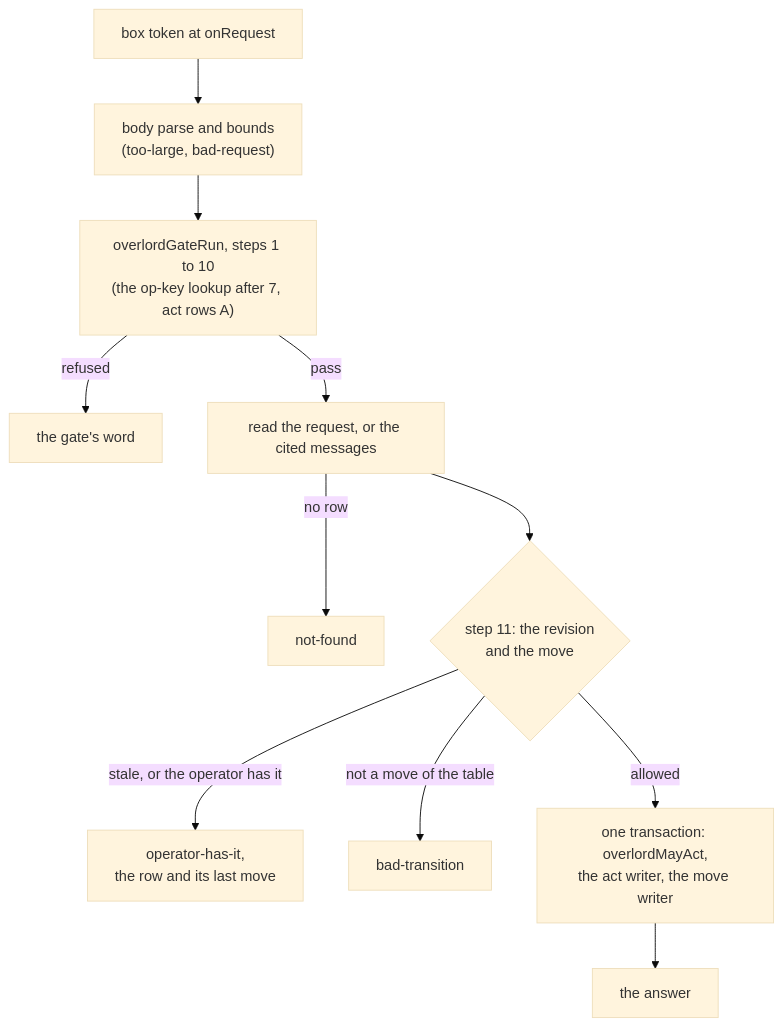
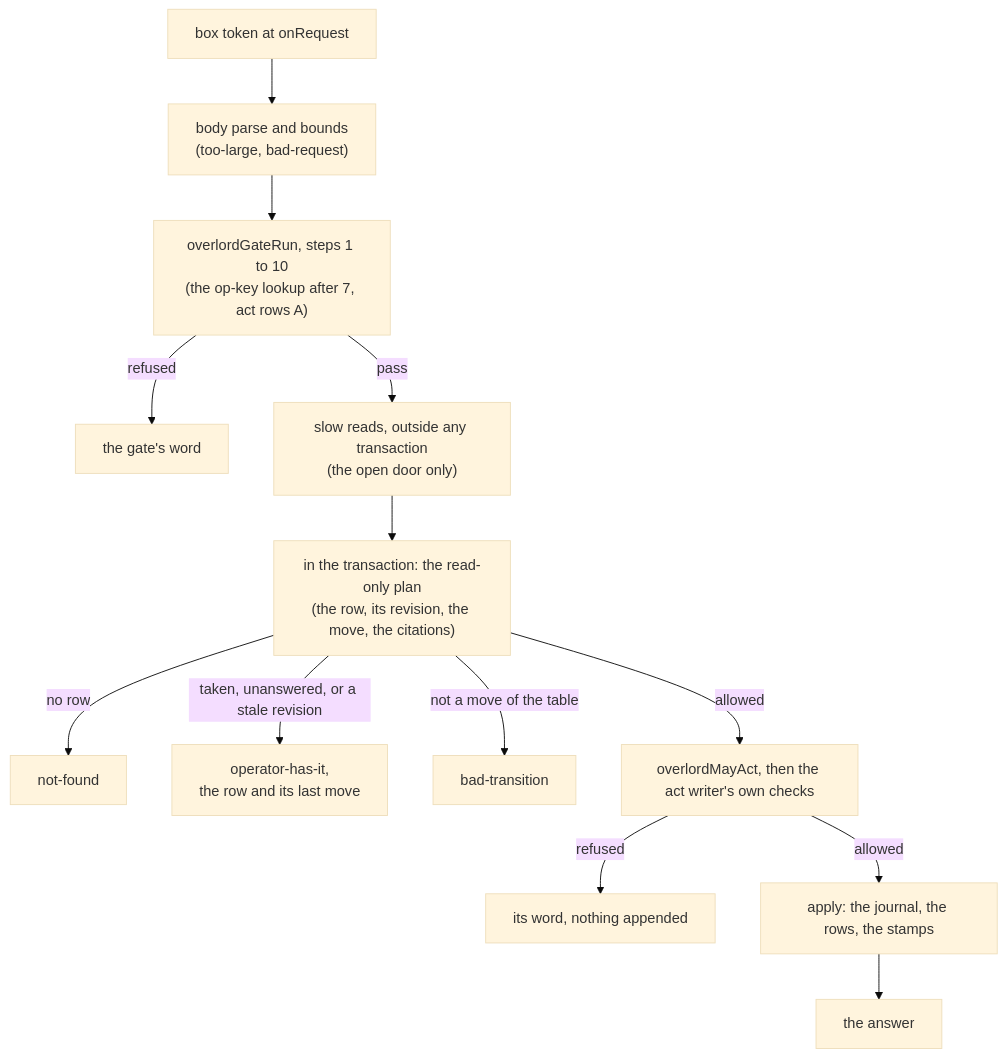
The fourth of 5 diagrams in docs/superpowers/plans/2026-11-16-overlord-w2/w2-requests.md (Synapsium-Labs/ccrc-pwa), drawn with Mermaid (base theme) before and after one commit. The commit also changed other lines of this file, not shown here.

First line of the commit message:
docs(plan): request record fix round 1 (review 2273): decide before the append, the parent's clock, one touched read

````diff
--- a/docs/superpowers/plans/2026-11-16-overlord-w2/w2-requests.md
+++ b/docs/superpowers/plans/2026-11-16-overlord-w2/w2-requests.md
@@ -557,13 +669,15 @@
 ```mermaid
 flowchart TD
   T["box token at onRequest"] --> B["body parse and bounds<br/>(too-large, bad-request)"]
   B --> G["overlordGateRun, steps 1 to 10<br/>(the op-key lookup after 7, act rows A)"]
   G -->|"refused"| X["the gate's word"]
-  G -->|"pass"| R["read the request, or the cited messages"]
-  R -->|"no row"| NF["not-found"]
-  R --> V{"step 11: the revision<br/>and the move"}
-  V -->|"stale, or the operator has it"| OH["operator-has-it,<br/>the row and its last move"]
-  V -->|"not a move of the table"| BT["bad-transition"]
-  V -->|"allowed"| TX["one transaction: overlordMayAct,<br/>the act writer, the move writer"]
-  TX --> OK["the answer"]
+  G -->|"pass"| S["slow reads, outside any transaction<br/>(the open door only)"]
+  S --> P["in the transaction: the read-only plan<br/>(the row, its revision, the move, the citations)"]
+  P -->|"no row"| NF["not-found"]
+  P -->|"taken, unanswered, or a stale revision"| OH["operator-has-it,<br/>the row and its last move"]
+  P -->|"not a move of the table"| BT["bad-transition"]
+  P -->|"allowed"| M["overlordMayAct, then the act writer's own checks"]
+  M -->|"refused"| AW["its word, nothing appended"]
+  M -->|"allowed"| AP["apply: the journal, the rows, the stamps"]
+  AP --> OK["the answer"]
 ```
````
